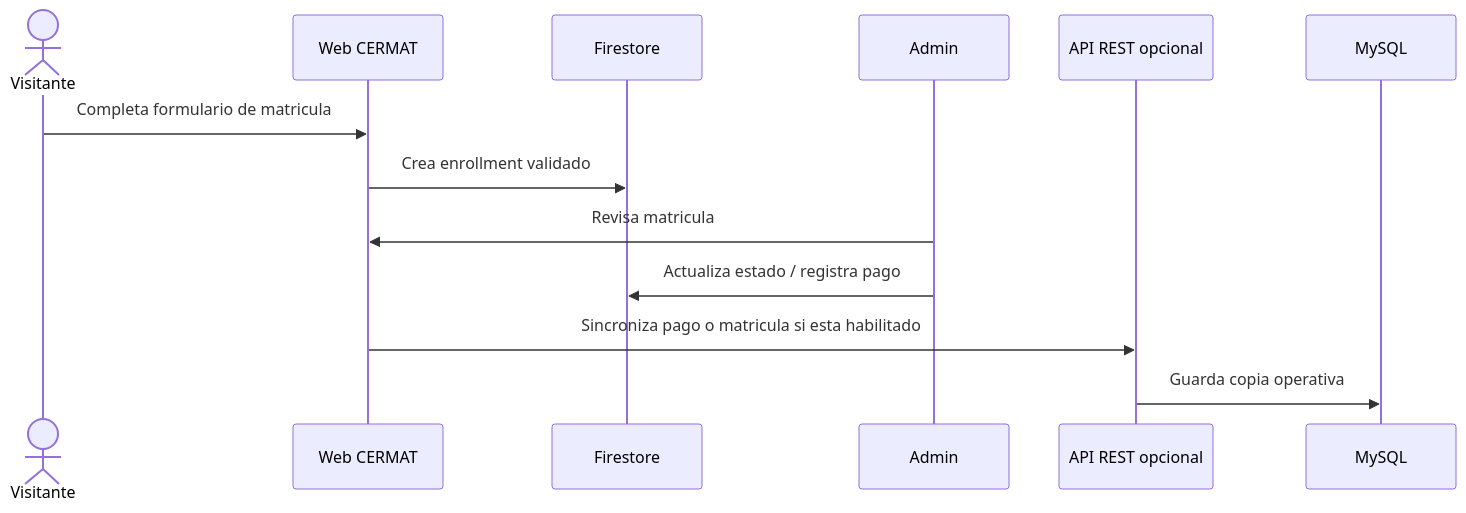
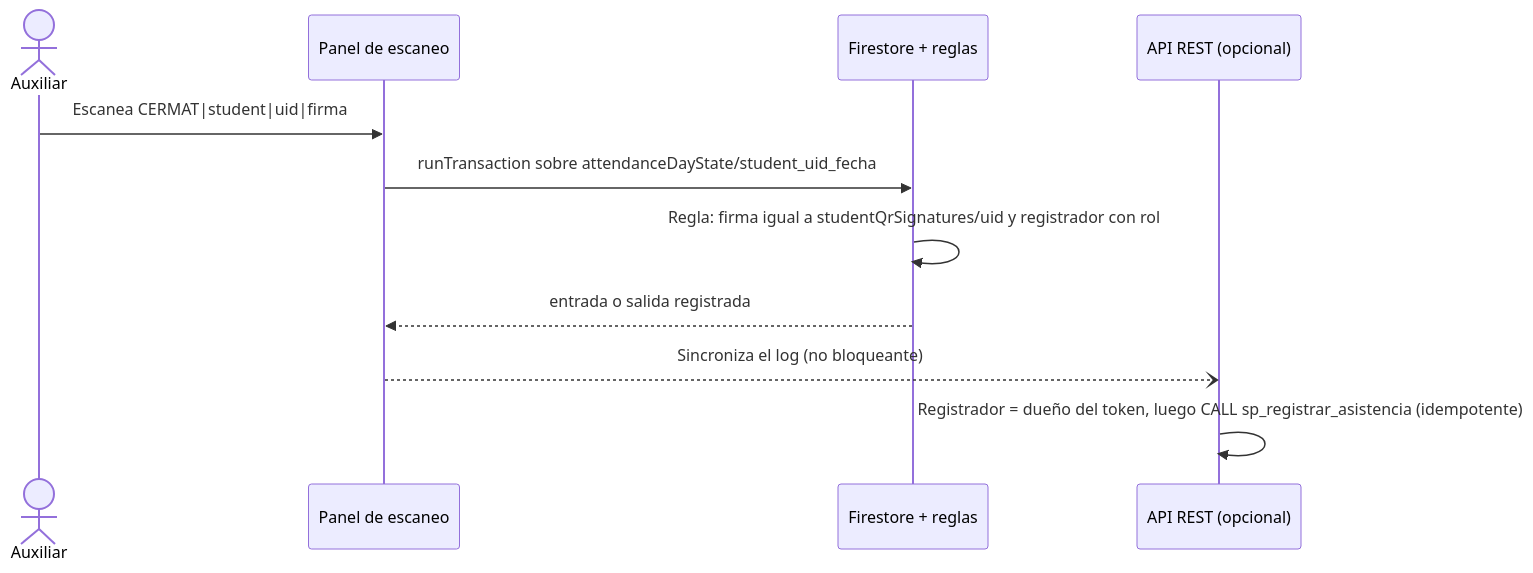
Before and after one commit to yucradavid/Perfil-de-egreso-Plataforma-Web-Integral-CERMAT: the ninth of 12 diagrams in docs/e1-definicion-sistema-ce021.md, drawn with Mermaid. The commit also changed other lines of this file and 50 other files, not shown here.

Commit message:
Se actualizó la documentación con los ajustes del sistema

````diff
--- a/docs/e1-definicion-sistema-ce021.md
+++ b/docs/e1-definicion-sistema-ce021.md
@@ -379,16 +378,13 @@
 ```mermaid
 sequenceDiagram
-  actor Visitante
-  participant UI as Web CERMAT
-  participant FS as Firestore
-  participant Admin
-  participant API as API REST opcional
-  participant SQL as MySQL
-
-  Visitante->>UI: Completa formulario de matricula
-  UI->>FS: Crea enrollment validado
-  Admin->>UI: Revisa matricula
-  Admin->>FS: Actualiza estado / registra pago
-  UI->>API: Sincroniza pago o matricula si esta habilitado
-  API->>SQL: Guarda copia operativa
+  actor X as Auxiliar
+  participant UI as Panel de escaneo
+  participant FS as Firestore + reglas
+  participant API as API REST (opcional)
+  X->>UI: Escanea CERMAT|student|uid|firma
+  UI->>FS: runTransaction sobre attendanceDayState/student_uid_fecha
+  FS->>FS: Regla: firma igual a studentQrSignatures/uid y registrador con rol
+  FS-->>UI: entrada o salida registrada
+  UI--)API: Sincroniza el log (no bloqueante)
+  API->>API: Registrador = dueño del token, luego CALL sp_registrar_asistencia (idempotente)
 ```
````
